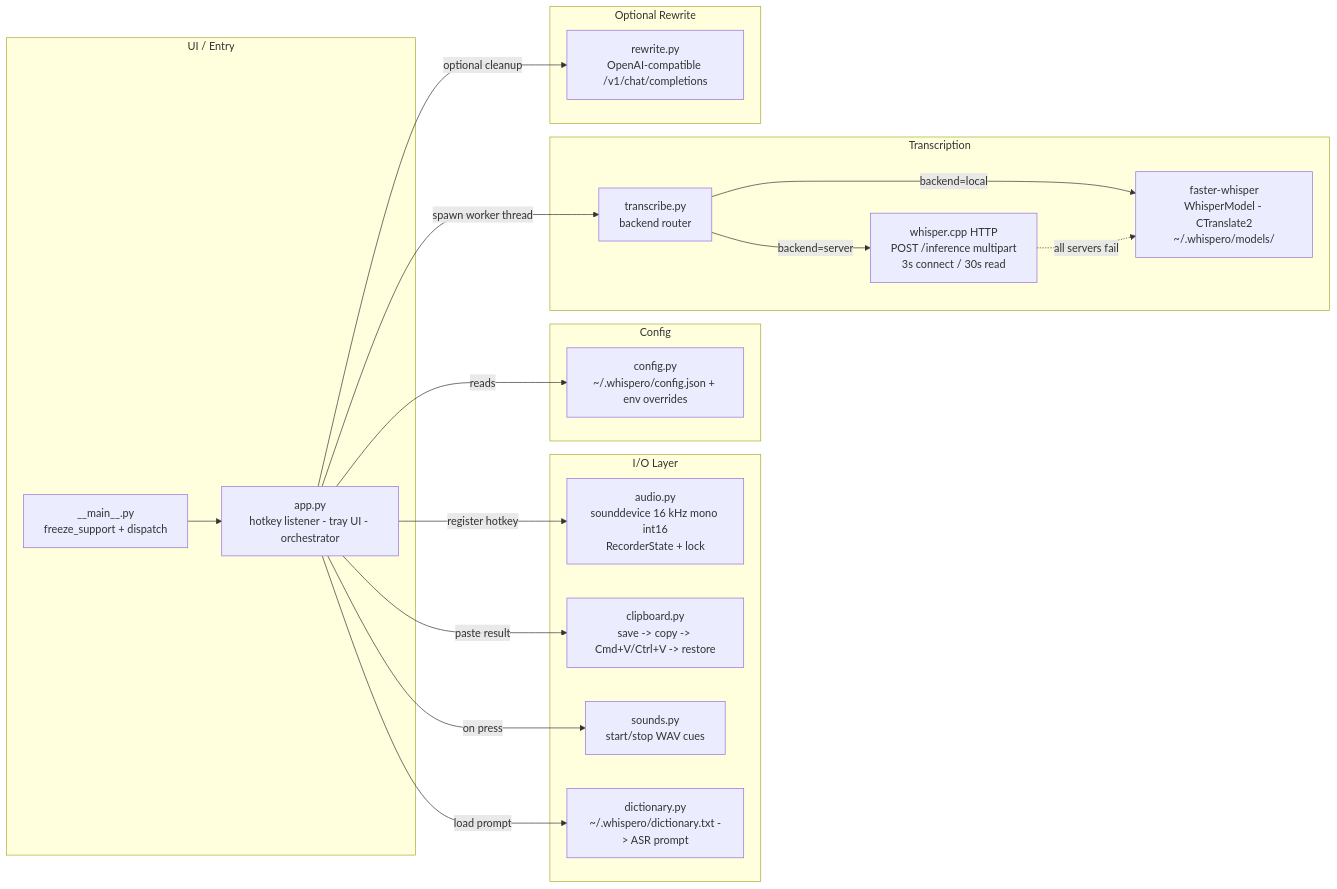
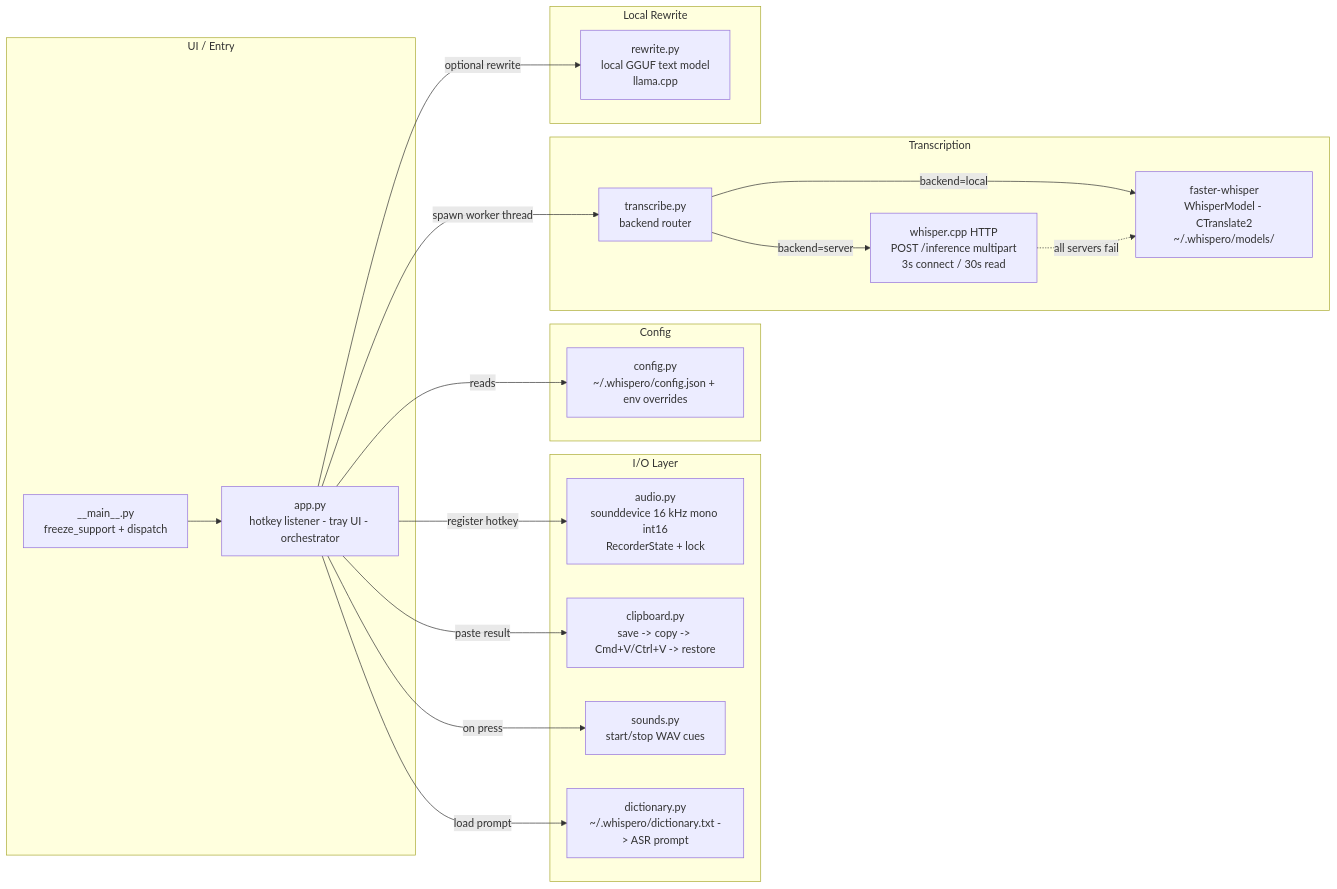
The first of 3 diagrams in README.md (ParkerCai/WhisperO), drawn with Mermaid before and after one commit. The commit also changed other lines of this file and 8 other files, not shown here.

First line of the commit message:
feat: add local rewrite

````diff
--- a/README.md
+++ b/README.md
@@ -161,41 +240,41 @@
 ```mermaid
 flowchart LR
     subgraph UI["UI / Entry"]
       MAIN["__main__.py<br/>freeze_support + dispatch"]
       APP["app.py<br/>hotkey listener - tray UI - orchestrator"]
     end
 
     subgraph IO["I/O Layer"]
       AUDIO["audio.py<br/>sounddevice 16 kHz mono int16<br/>RecorderState + lock"]
       CLIP["clipboard.py<br/>save -> copy -> Cmd+V/Ctrl+V -> restore"]
       SND["sounds.py<br/>start/stop WAV cues"]
       DICT["dictionary.py<br/>~/.whispero/dictionary.txt -> ASR prompt"]
     end
 
     subgraph CFG["Config"]
       CONFIG["config.py<br/>~/.whispero/config.json + env overrides"]
     end
 
     subgraph ASR["Transcription"]
       TRANS["transcribe.py<br/>backend router"]
       LOCAL["faster-whisper<br/>WhisperModel - CTranslate2<br/>~/.whispero/models/"]
       SERVER["whisper.cpp HTTP<br/>POST /inference multipart<br/>3s connect / 30s read"]
     end
 
-    subgraph LLM["Optional Rewrite"]
-      RW["rewrite.py<br/>OpenAI-compatible /v1/chat/completions"]
+    subgraph LLM["Local Rewrite"]
+      RW["rewrite.py<br/>local GGUF text model<br/>llama.cpp"]
     end
 
     MAIN --> APP
     APP -->|reads| CONFIG
     APP -->|register hotkey| AUDIO
     APP -->|on press| SND
     APP -->|load prompt| DICT
     APP -->|spawn worker thread| TRANS
+    APP -->|optional rewrite| RW
     APP -->|paste result| CLIP
-    APP -->|optional cleanup| RW
 
     TRANS -->|backend=local| LOCAL
     TRANS -->|backend=server| SERVER
     SERVER -.->|all servers fail| LOCAL
 ```
````
